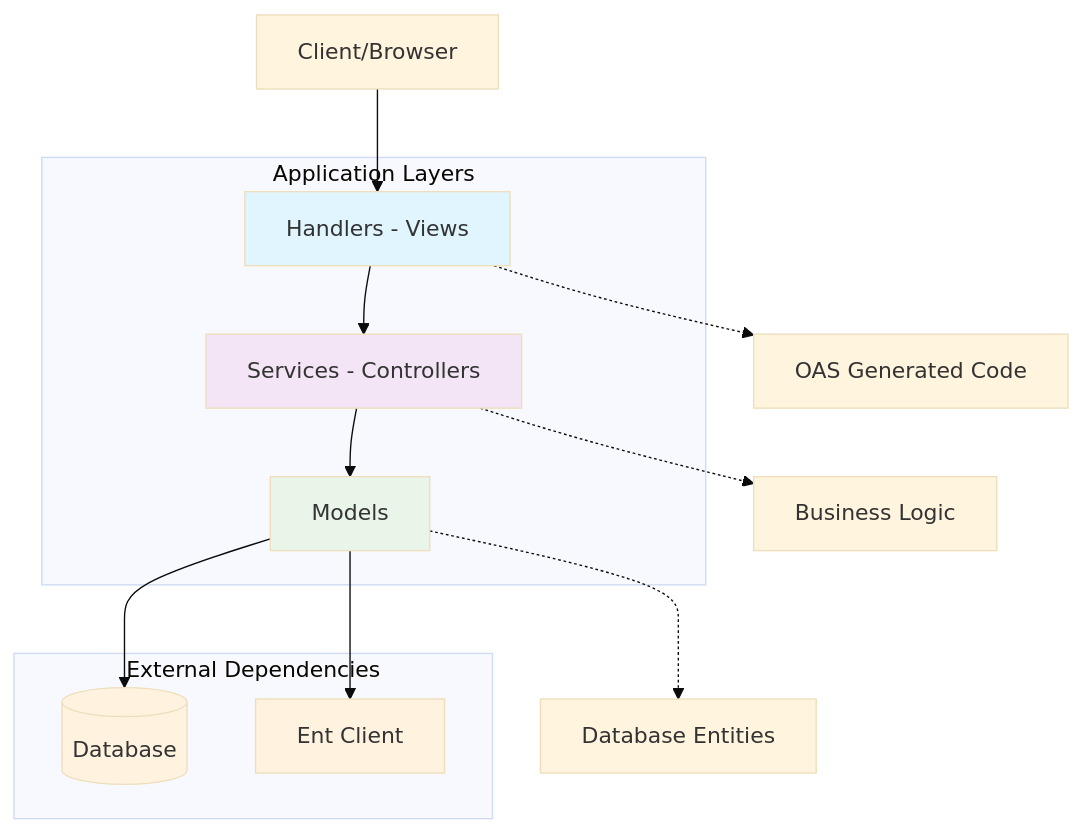
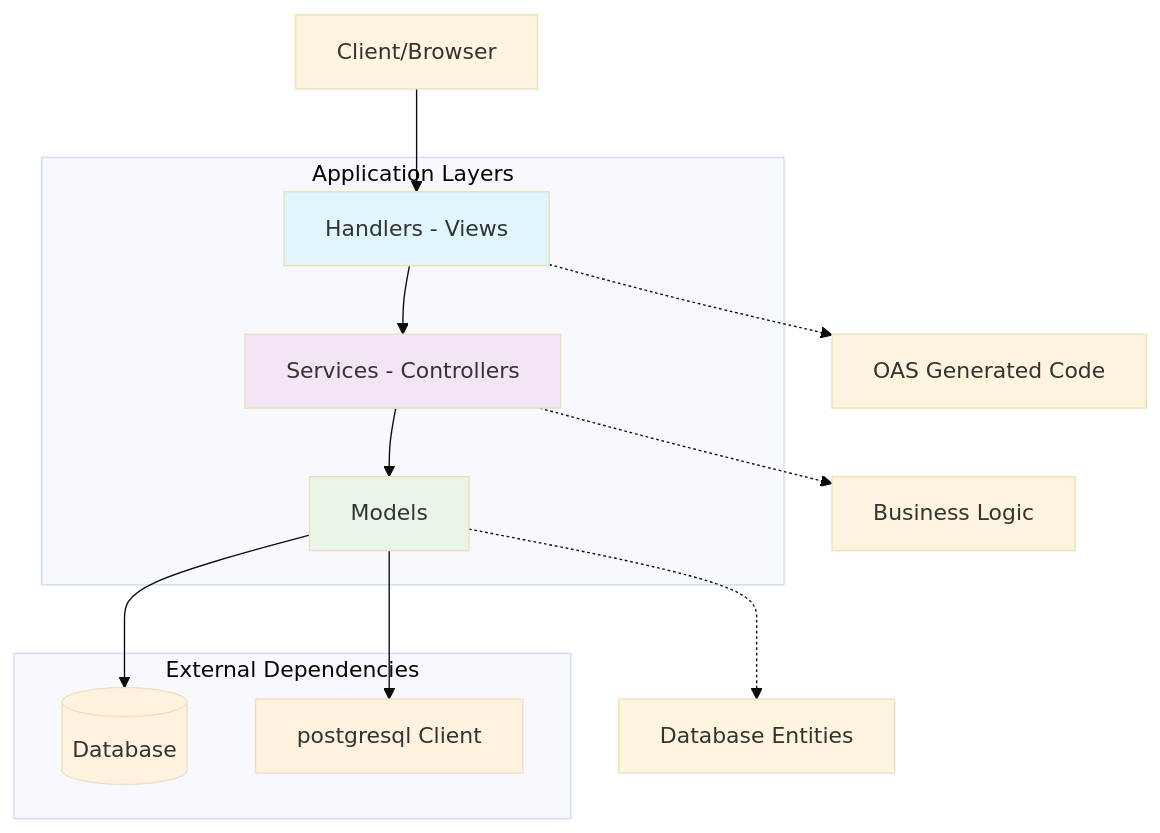
Before and after one commit to ernado/example: the diagram in README.md, drawn with Mermaid (base theme). The commit also changed other lines of this file and 43 other files, not shown here.

````diff
--- a/README.md
+++ b/README.md
@@ -163,33 +119,33 @@
 ```mermaid
 graph TB
     Client[Client/Browser] --> Handler[Handlers - Views]
     Handler --> Service[Services - Controllers]
     Service --> Model[Models]
     Model --> DB[(Database)]
-    Model --> Ent[Ent Client]
+    Model --> pgx[postgresql Client]
 
     subgraph "Application Layers"
         Handler
         Service
         Model
     end
 
     subgraph "External Dependencies"
         DB
-        Ent
+        pgx
     end
 
     Handler -.-> OAS[OAS Generated Code]
     Service -.-> BusinessLogic[Business Logic]
     Model -.-> Entities[Database Entities]
 
     classDef handler fill:#e1f5fe
     classDef service fill:#f3e5f5
     classDef model fill:#e8f5e8
     classDef external fill:#fff3e0
 
     class Handler handler
     class Service service
     class Model model
-    class DB,Ent external
+    class DB,pgx external
 ```
````
